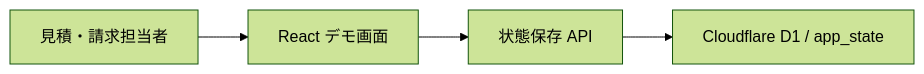
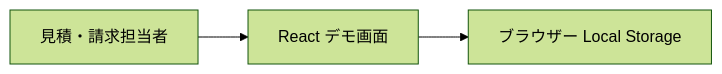
Before and after one commit to yumatakuya0831-source/endo-system: the diagram in docs/design.md, drawn with Mermaid (forest theme). The commit also changed other lines of this file and 18 other files, not shown here.

````diff
--- a/docs/design.md
+++ b/docs/design.md
@@ -22,6 +22,5 @@
 ```mermaid
 flowchart LR
   U["見積・請求担当者"] --> UI["React デモ画面"]
-  UI --> API["状態保存 API"]
-  API --> DB["Cloudflare D1 / app_state"]
+  UI --> LS["ブラウザー Local Storage"]
 ```
````
